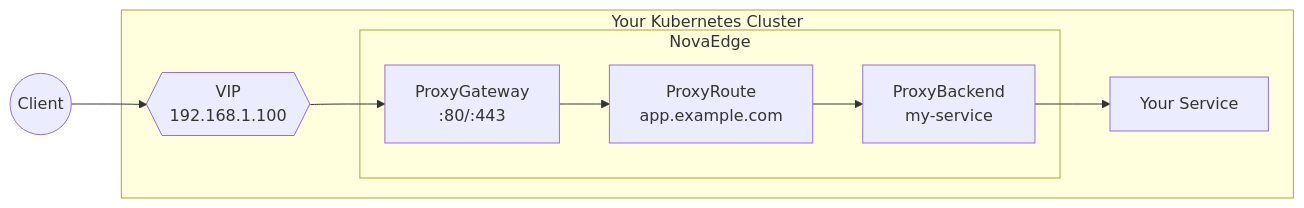
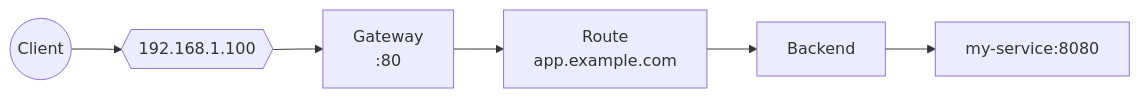
One commit to azrtydxb/novaedge changed the diagram in docs/getting-started/quickstart.md. Above: the diagram before and after it, drawn with Mermaid. The commit also changed other lines of this file and 22 other files, not shown here.

First line of the commit message:
[Docs] Complete documentation restructure with logical flow

````diff
--- a/docs/getting-started/quickstart.md
+++ b/docs/getting-started/quickstart.md
@@ -7,18 +59,8 @@
 ```mermaid
 flowchart LR
-    subgraph K8s["Your Kubernetes Cluster"]
-        subgraph NE["NovaEdge"]
-            GW["ProxyGateway<br/>:80/:443"]
-            RT["ProxyRoute<br/>app.example.com"]
-            BE["ProxyBackend<br/>my-service"]
-        end
-        VIP{{"VIP<br/>192.168.1.100"}}
-        SVC["Your Service"]
-    end
-
-    Client((Client)) --> VIP
-    VIP --> GW
-    GW --> RT
-    RT --> BE
-    BE --> SVC
+    Client((Client)) --> VIP{{"192.168.1.100"}}
+    VIP --> GW["Gateway<br/>:80"]
+    GW --> Route["Route<br/>app.example.com"]
+    Route --> Backend["Backend"]
+    Backend --> SVC["my-service:8080"]
 ```
````
